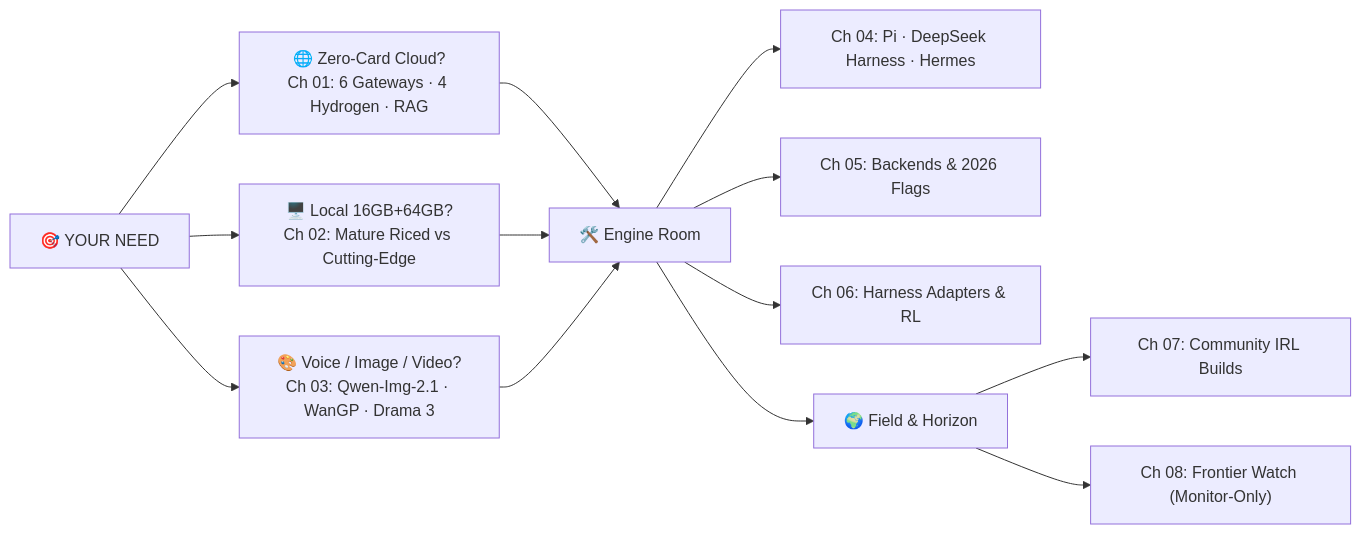
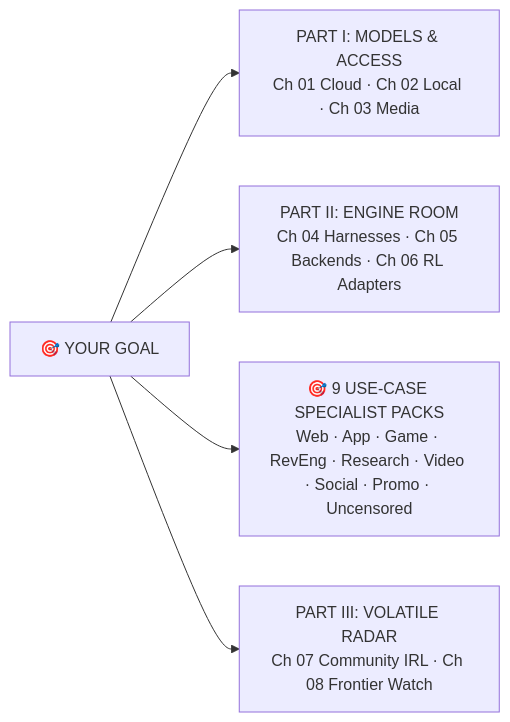
The diagram in README.md (initalok/ai-swissknife), drawn with Mermaid before and after one commit. The commit also changed other lines of this file and 67 other files, not shown here.

Commit message:
feat(v3-modular): pace-layered headless entity+pack registry, 9 use-case packs, anti-rot TTL engine & rolling health CI

````diff
--- a/README.md
+++ b/README.md
@@ -11,13 +10,7 @@
 ```mermaid
 flowchart LR
-    START["🎯 YOUR NEED"] --> CLOUD["🌐 Zero-Card Cloud?<br/>Ch 01: 6 Gateways · 4 Hydrogen · RAG"]
-    START --> LOCAL["🖥️ Local 16GB+64GB?<br/>Ch 02: Mature Riced vs Cutting-Edge"]
-    START --> MEDIA["🎨 Voice / Image / Video?<br/>Ch 03: Qwen-Img-2.1 · WanGP · Drama 3"]
-    CLOUD & LOCAL & MEDIA --> ENGINE["🛠️ Engine Room"]
-    ENGINE --> CH4["Ch 04: Pi · DeepSeek Harness · Hermes"]
-    ENGINE --> CH5["Ch 05: Backends & 2026 Flags"]
-    ENGINE --> CH6["Ch 06: Harness Adapters & RL"]
-    ENGINE --> FIELD["🌍 Field & Horizon"]
-    FIELD --> CH7["Ch 07: Community IRL Builds"]
-    FIELD --> CH8["Ch 08: Frontier Watch (Monitor-Only)"]
+    NEED["🎯 YOUR GOAL"] --> P1["PART I: MODELS & ACCESS<br/>Ch 01 Cloud · Ch 02 Local · Ch 03 Media"]
+    NEED --> P2["PART II: ENGINE ROOM<br/>Ch 04 Harnesses · Ch 05 Backends · Ch 06 RL Adapters"]
+    NEED --> PACKS["🎯 9 USE-CASE SPECIALIST PACKS<br/>Web · App · Game · RevEng · Research · Video · Social · Promo · Uncensored"]
+    NEED --> P3["PART III: VOLATILE RADAR<br/>Ch 07 Community IRL · Ch 08 Frontier Watch"]
 ```
````
